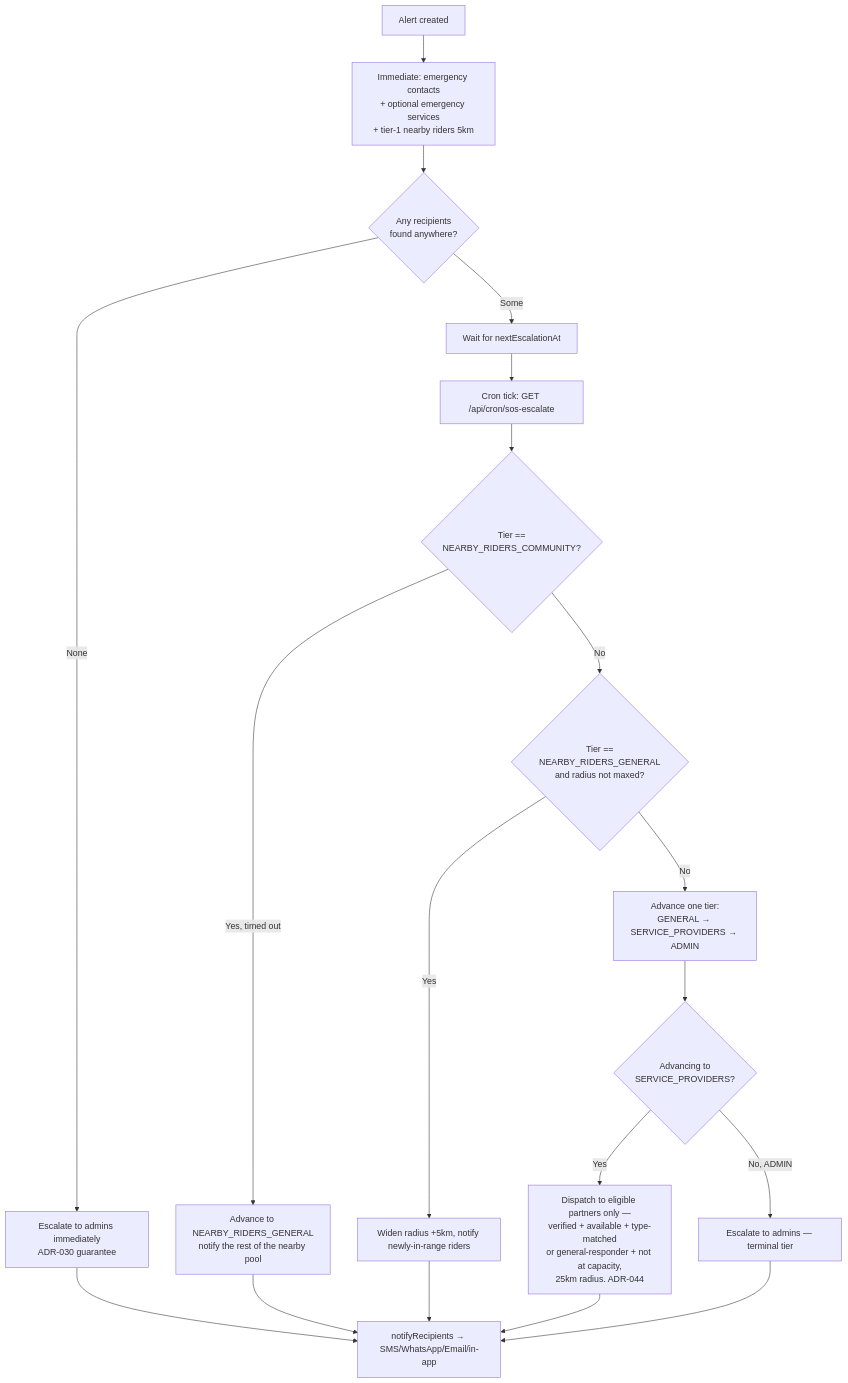
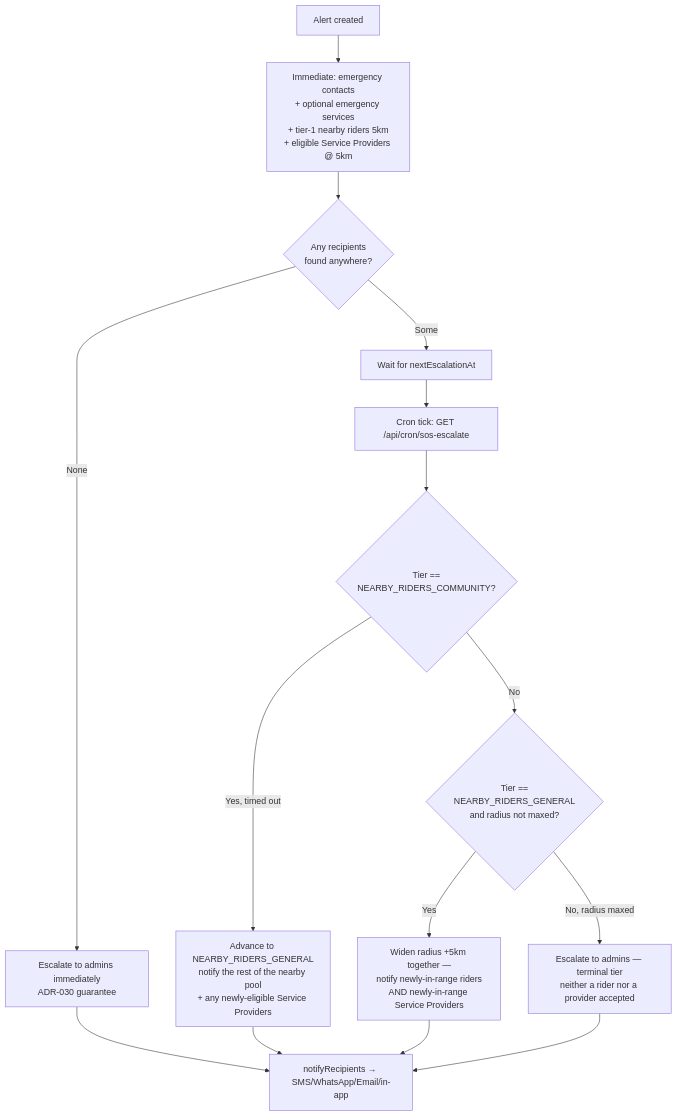
Before and after one commit to RiteshKumarNitk/bikie: the third of 5 diagrams in .docs/SOS.md, drawn with Mermaid. The commit also changed other lines of this file and 11 other files, not shown here.

First line of the commit message:
fix(sos): dispatch Riders and Service Providers together, redact PII across every channel

````diff
--- a/.docs/SOS.md
+++ b/.docs/SOS.md
@@ -99,24 +104,19 @@
 ```mermaid
 flowchart TB
-  Create[Alert created] --> Immediate[Immediate: emergency contacts<br/>+ optional emergency services<br/>+ tier-1 nearby riders 5km]
+  Create[Alert created] --> Immediate[Immediate: emergency contacts<br/>+ optional emergency services<br/>+ tier-1 nearby riders 5km<br/>+ eligible Service Providers @ 5km]
   Immediate --> Zero{Any recipients<br/>found anywhere?}
   Zero -->|None| EscAdmin1[Escalate to admins immediately<br/>ADR-030 guarantee]
   Zero -->|Some| Wait[Wait for nextEscalationAt]
 
   Wait --> Tick[Cron tick: GET /api/cron/sos-escalate]
   Tick --> Community{Tier ==<br/>NEARBY_RIDERS_COMMUNITY?}
-  Community -->|Yes, timed out| General[Advance to NEARBY_RIDERS_GENERAL<br/>notify the rest of the nearby pool]
+  Community -->|Yes, timed out| General[Advance to NEARBY_RIDERS_GENERAL<br/>notify the rest of the nearby pool<br/>+ any newly-eligible Service Providers]
   Community -->|No| RiderTier{Tier ==<br/>NEARBY_RIDERS_GENERAL<br/>and radius not maxed?}
-  RiderTier -->|Yes| Widen[Widen radius +5km, notify newly-in-range riders]
-  RiderTier -->|No| NextTier[Advance one tier:<br/>GENERAL → SERVICE_PROVIDERS → ADMIN]
-
-  NextTier --> SP{Advancing to<br/>SERVICE_PROVIDERS?}
-  SP -->|Yes| Eligible[Dispatch to eligible partners only —<br/>verified + available + type-matched<br/>or general-responder + not at capacity,<br/>25km radius. ADR-044]
-  SP -->|No, ADMIN| EscAdmin2[Escalate to admins — terminal tier]
+  RiderTier -->|Yes| Widen[Widen radius +5km together —<br/>notify newly-in-range riders<br/>AND newly-in-range Service Providers]
+  RiderTier -->|No, radius maxed| EscAdmin2[Escalate to admins — terminal tier<br/>neither a rider nor a provider accepted]
 
   General --> Notify[notifyRecipients → SMS/WhatsApp/Email/in-app]
   Widen --> Notify
-  Eligible --> Notify
   EscAdmin1 --> Notify
   EscAdmin2 --> Notify
 ```
````
